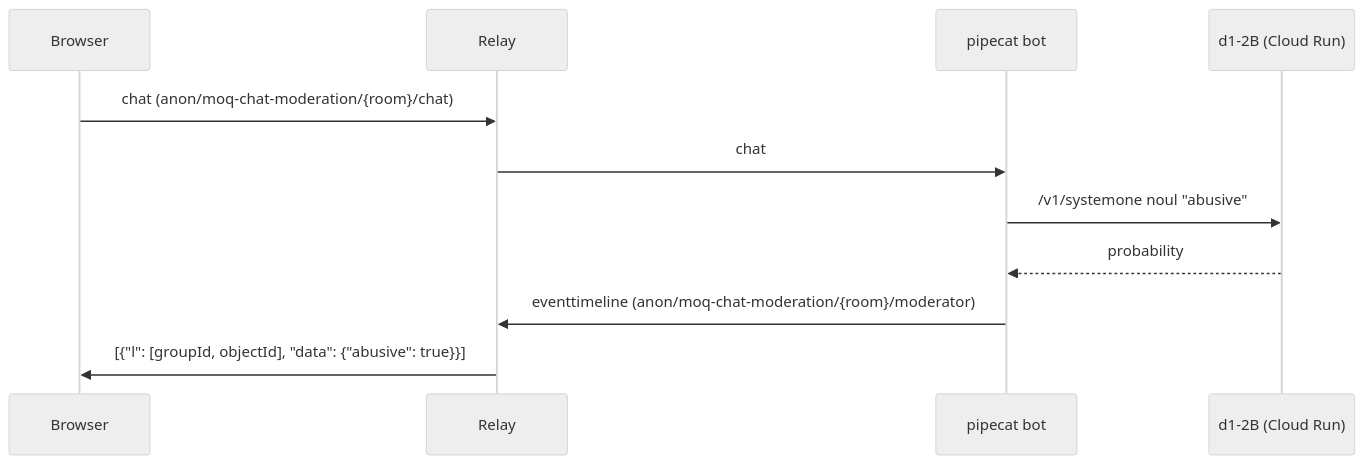
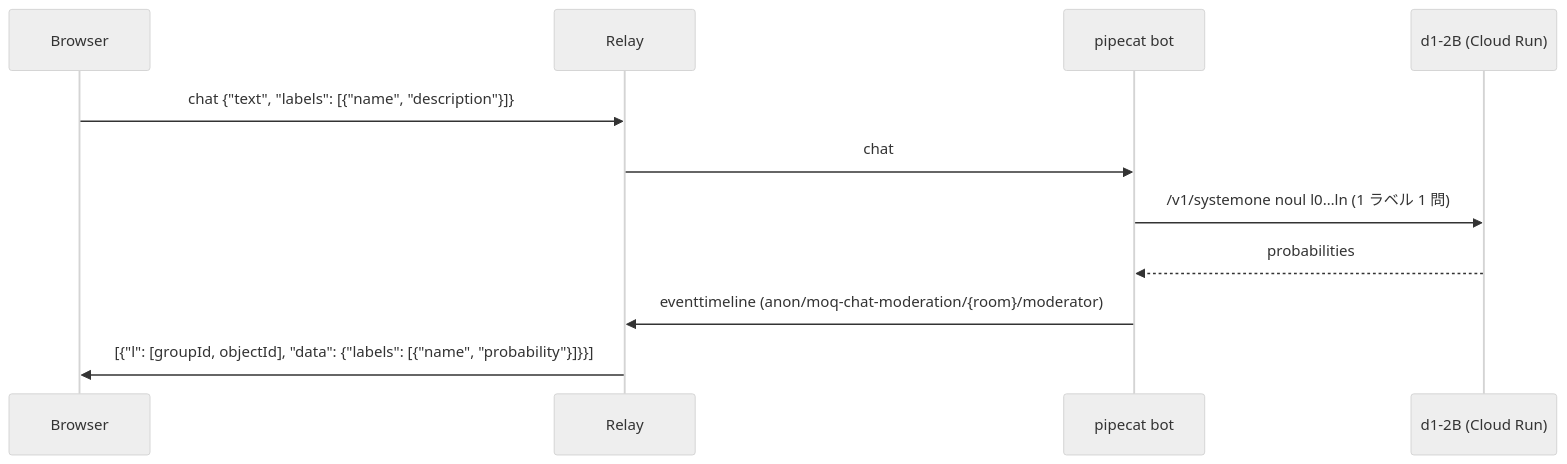
Before and after one commit to nttcom/moq-wasm: the diagram in examples/python/moq-chat-moderation/README.md, drawn with Mermaid (neutral theme). The commit also changed other lines of this file and 19 other files, not shown here.

First line of the commit message:
feat(ai-bots): judge chat messages against multiple labels

````diff
--- a/examples/python/moq-chat-moderation/README.md
+++ b/examples/python/moq-chat-moderation/README.md
@@ -7,13 +8,13 @@
 ```mermaid
 sequenceDiagram
     participant B as Browser
     participant R as Relay
     participant P as pipecat bot
     participant D as d1-2B (Cloud Run)
-    B->>R: chat (anon/moq-chat-moderation/{room}/chat)
+    B->>R: chat {"text", "labels": [{"name", "description"}]}
     R->>P: chat
-    P->>D: /v1/systemone noul "abusive"
-    D-->>P: probability
+    P->>D: /v1/systemone noul l0…ln (1 ラベル 1 問)
+    D-->>P: probabilities
     P->>R: eventtimeline (anon/moq-chat-moderation/{room}/moderator)
-    R->>B: [{"l": [groupId, objectId], "data": {"abusive": true}}]
+    R->>B: [{"l": [groupId, objectId], "data": {"labels": [{"name", "probability"}]}}]
 ```
````
